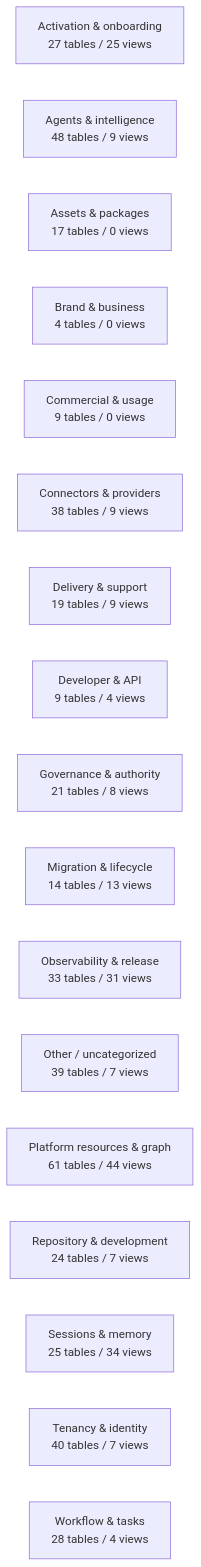
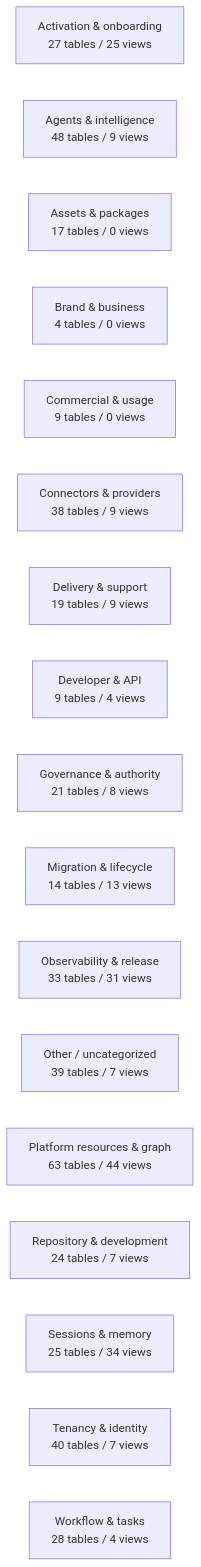
One commit to mad4bdigital-ai/multi-business-multi-role-growth-intelligence-os changed the diagram in docs/work-maps/data-model-domain-map.md. Above: the diagram before and after it, drawn with Mermaid. The commit also changed other lines of this file and 3 other files, not shown here.

````diff
--- a/docs/work-maps/data-model-domain-map.md
+++ b/docs/work-maps/data-model-domain-map.md
@@ -9,20 +9,20 @@
 ```mermaid
 flowchart LR
   n_Activation___onboarding["Activation & onboarding<br/>27 tables / 25 views"]
   n_Agents___intelligence["Agents & intelligence<br/>48 tables / 9 views"]
   n_Assets___packages["Assets & packages<br/>17 tables / 0 views"]
   n_Brand___business["Brand & business<br/>4 tables / 0 views"]
   n_Commercial___usage["Commercial & usage<br/>9 tables / 0 views"]
   n_Connectors___providers["Connectors & providers<br/>38 tables / 9 views"]
   n_Delivery___support["Delivery & support<br/>19 tables / 9 views"]
   n_Developer___API["Developer & API<br/>9 tables / 4 views"]
   n_Governance___authority["Governance & authority<br/>21 tables / 8 views"]
   n_Migration___lifecycle["Migration & lifecycle<br/>14 tables / 13 views"]
   n_Observability___release["Observability & release<br/>33 tables / 31 views"]
   n_Other___uncategorized["Other / uncategorized<br/>39 tables / 7 views"]
-  n_Platform_resources___graph["Platform resources & graph<br/>61 tables / 44 views"]
+  n_Platform_resources___graph["Platform resources & graph<br/>63 tables / 44 views"]
   n_Repository___development["Repository & development<br/>24 tables / 7 views"]
   n_Sessions___memory["Sessions & memory<br/>25 tables / 34 views"]
   n_Tenancy___identity["Tenancy & identity<br/>40 tables / 7 views"]
   n_Workflow___tasks["Workflow & tasks<br/>28 tables / 4 views"]
 ```
````
